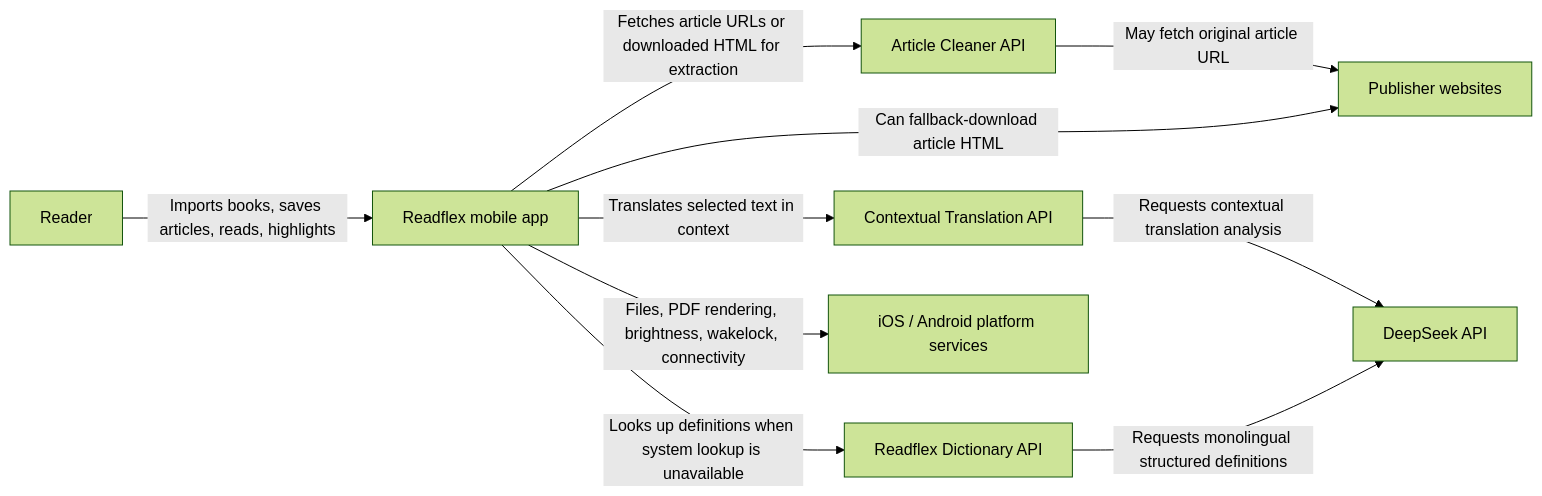
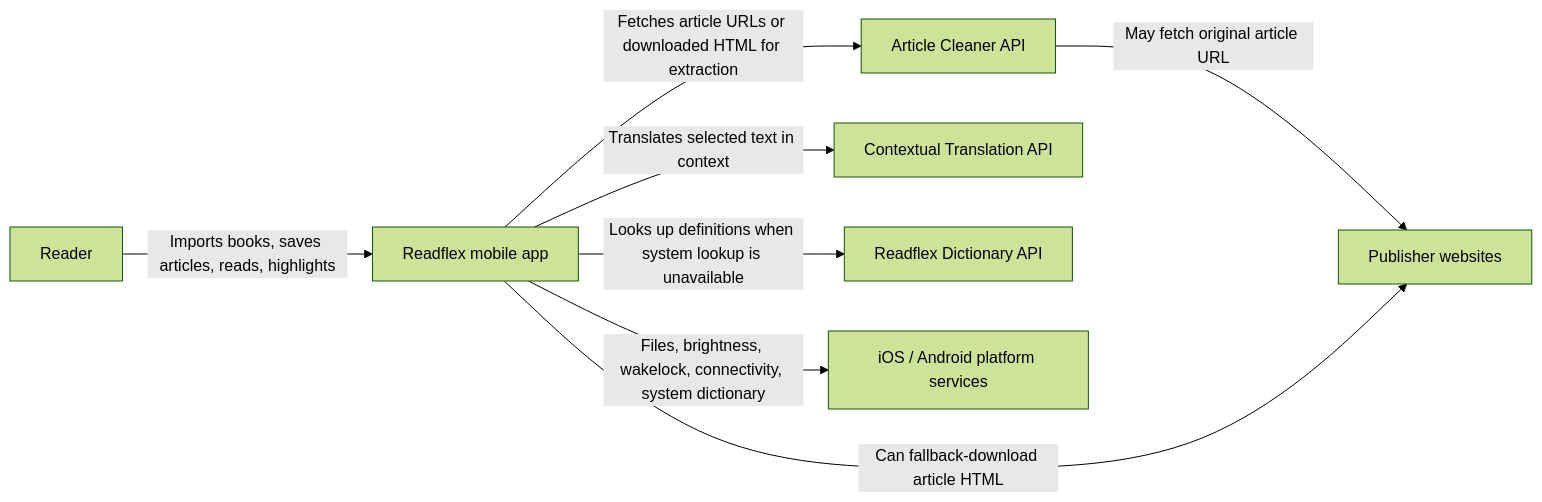
One commit to abra/readflex changed the first of 8 diagrams in C4_MODEL.md. Above: the diagram before and after it, drawn with Mermaid (forest theme). The commit also changed other lines of this file and 63 other files, not shown here.

````diff
--- a/C4_MODEL.md
+++ b/C4_MODEL.md
@@ -18,21 +18,18 @@
 ```mermaid
 flowchart LR
   user["Reader"]
   app["Readflex mobile app"]
   websites["Publisher websites"]
   cleaner["Article Cleaner API"]
   translation["Contextual Translation API"]
   dictionary["Readflex Dictionary API"]
-  deepseek["DeepSeek API"]
   platform["iOS / Android platform services"]
 
   user -->|"Imports books, saves articles, reads, highlights"| app
   app -->|"Fetches article URLs or downloaded HTML for extraction"| cleaner
   app -->|"Translates selected text in context"| translation
   app -->|"Looks up definitions when system lookup is unavailable"| dictionary
-  translation -->|"Requests contextual translation analysis"| deepseek
-  dictionary -->|"Requests monolingual structured definitions"| deepseek
   cleaner -->|"May fetch original article URL"| websites
   app -->|"Can fallback-download article HTML"| websites
-  app -->|"Files, PDF rendering, brightness, wakelock, connectivity"| platform
+  app -->|"Files, brightness, wakelock, connectivity, system dictionary"| platform
 ```
````
